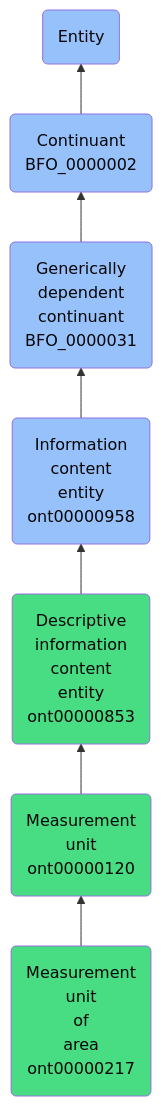
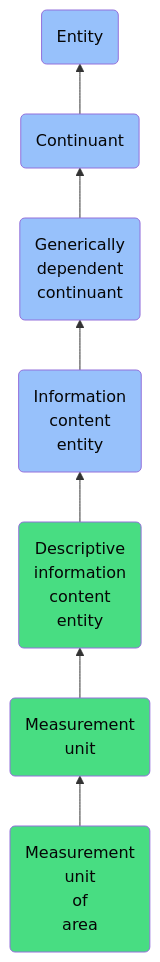
Before and after one commit to jupyter-naas/abi: the diagram in docs/ontology/reference/model/Entity/Continuant/Generically dependent continuant/Information content entity/Descriptive information content entity/Measurement unit/Measurement unit of area/Measurement unit of area.md, drawn with Mermaid. The commit also changed other lines of this file and 1430 other files, not shown here.

````diff
--- a/docs/ontology/reference/model/Entity/Continuant/Generically dependent continuant/Information content entity/Descriptive information content entity/Measurement unit/Measurement unit of area/Measurement unit of area.md
+++ b/docs/ontology/reference/model/Entity/Continuant/Generically dependent continuant/Information content entity/Descriptive information content entity/Measurement unit/Measurement unit of area/Measurement unit of area.md
@@ -24,14 +24,14 @@
 ```mermaid
 graph BT
-    ont00000217(Measurement<br>unit<br>of<br>area<br>ont00000217):::ABI-->ont00000120
-    ont00000120(Measurement<br>unit<br>ont00000120):::ABI-->ont00000853
-    ont00000853(Descriptive<br>information<br>content<br>entity<br>ont00000853):::ABI-->ont00000958
-    ont00000958(Information<br>content<br>entity<br>ont00000958):::BFO-->BFO_0000031
-    BFO_0000031(Generically<br>dependent<br>continuant<br>BFO_0000031):::BFO-->BFO_0000002
-    BFO_0000002(Continuant<br>BFO_0000002):::BFO-->BFO_0000001
+    ont00000217(Measurement<br>unit<br>of<br>area):::ABI-->ont00000120
+    ont00000120(Measurement<br>unit):::ABI-->ont00000853
+    ont00000853(Descriptive<br>information<br>content<br>entity):::ABI-->ont00000958
+    ont00000958(Information<br>content<br>entity):::BFO-->BFO_0000031
+    BFO_0000031(Generically<br>dependent<br>continuant):::BFO-->BFO_0000002
+    BFO_0000002(Continuant):::BFO-->BFO_0000001
     BFO_0000001(Entity):::BFO
     
     classDef BFO fill:#97c1fb,color:#060606
     classDef CCO fill:#e4c51e,color:#060606
     classDef ABI fill:#48DD82,color:#060606
 ```
````
